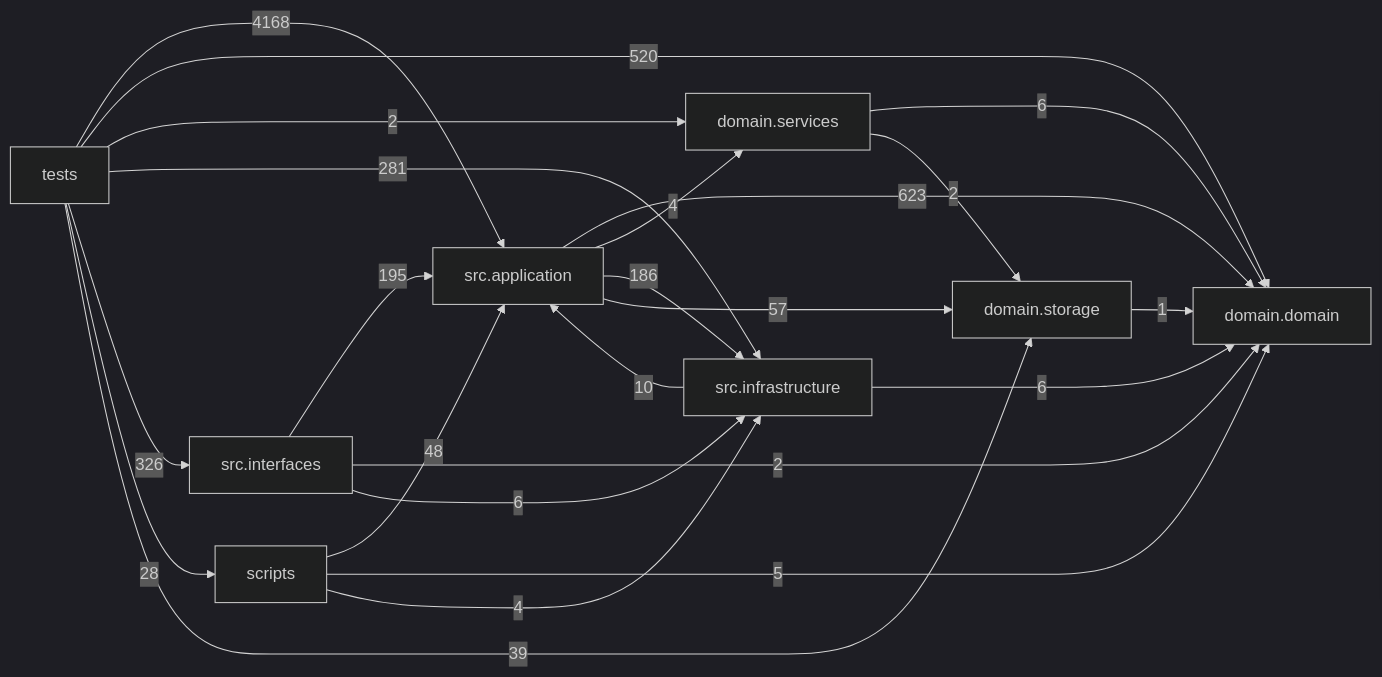
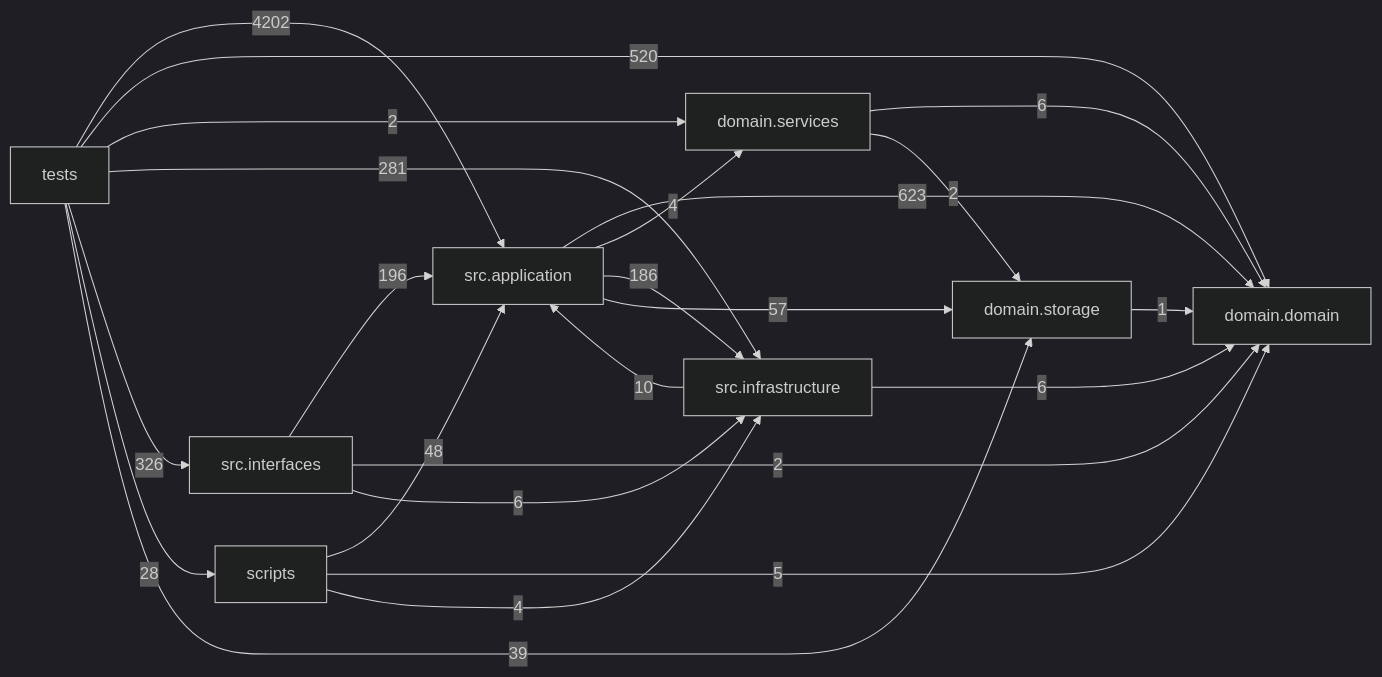
One commit to liuxie066/options-monitor changed the diagram in docs/DEPENDENCY_GRAPH.md. Above: the diagram before and after it, drawn with Mermaid (dark theme). The commit also changed other lines of this file and 22 other files, not shown here.

````diff
--- a/docs/DEPENDENCY_GRAPH.md
+++ b/docs/DEPENDENCY_GRAPH.md
@@ -24,33 +24,33 @@
 ```mermaid
 flowchart LR
   tests["tests"]
   scripts["scripts"]
   interfaces["src.interfaces"]
   application["src.application"]
   infrastructure["src.infrastructure"]
   domain_services["domain.services"]
   domain["domain.domain"]
   storage["domain.storage"]
   application -->|623| domain
   application -->|4| domain_services
   application -->|186| infrastructure
   application -->|57| storage
   domain_services -->|6| domain
   domain_services -->|2| storage
   infrastructure -->|10| application
   infrastructure -->|6| domain
-  interfaces -->|195| application
+  interfaces -->|196| application
   interfaces -->|2| domain
   interfaces -->|6| infrastructure
   scripts -->|48| application
   scripts -->|5| domain
   scripts -->|4| infrastructure
   storage -->|1| domain
-  tests -->|4168| application
+  tests -->|4202| application
   tests -->|520| domain
   tests -->|2| domain_services
   tests -->|281| infrastructure
   tests -->|326| interfaces
   tests -->|28| scripts
   tests -->|39| storage
 ```
````
